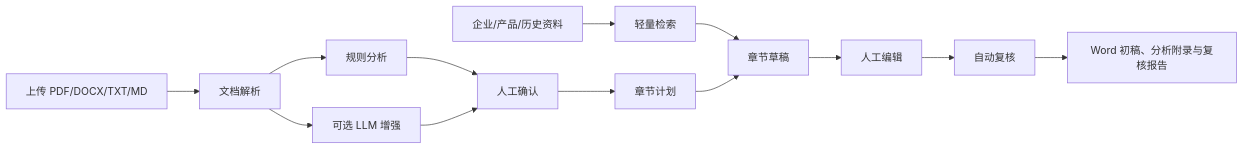
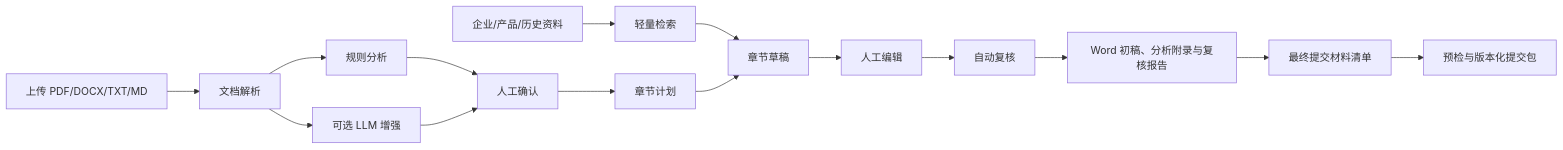
The diagram in 实施方案与项目路径.md (Derr1ckwy/bid-assistant-mvp), drawn with Mermaid before and after one commit. The commit also changed other lines of this file and 7 other files, not shown here.

````diff
--- a/实施方案与项目路径.md
+++ b/实施方案与项目路径.md
@@ -59,15 +61,17 @@
 ```mermaid
 flowchart LR
     A[上传 PDF/DOCX/TXT/MD] --> B[文档解析]
     B --> C[规则分析]
     B --> D[可选 LLM 增强]
     C --> E[人工确认]
     D --> E
     F[企业/产品/历史资料] --> G[轻量检索]
     E --> H[章节计划]
     G --> I[章节草稿]
     H --> I
     I --> J[人工编辑]
     J --> K[自动复核]
     K --> L[Word 初稿、分析附录与复核报告]
+    L --> M[最终提交材料清单]
+    M --> N[预检与版本化提交包]
 ```
````
